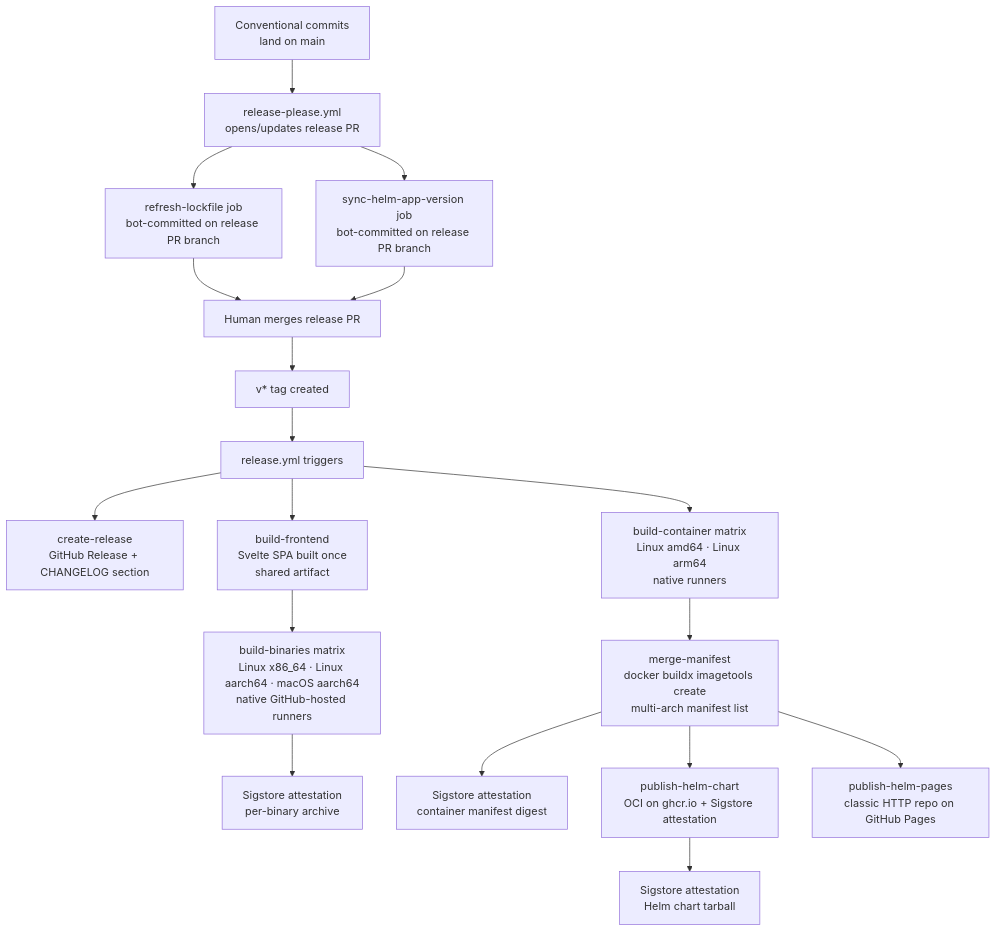
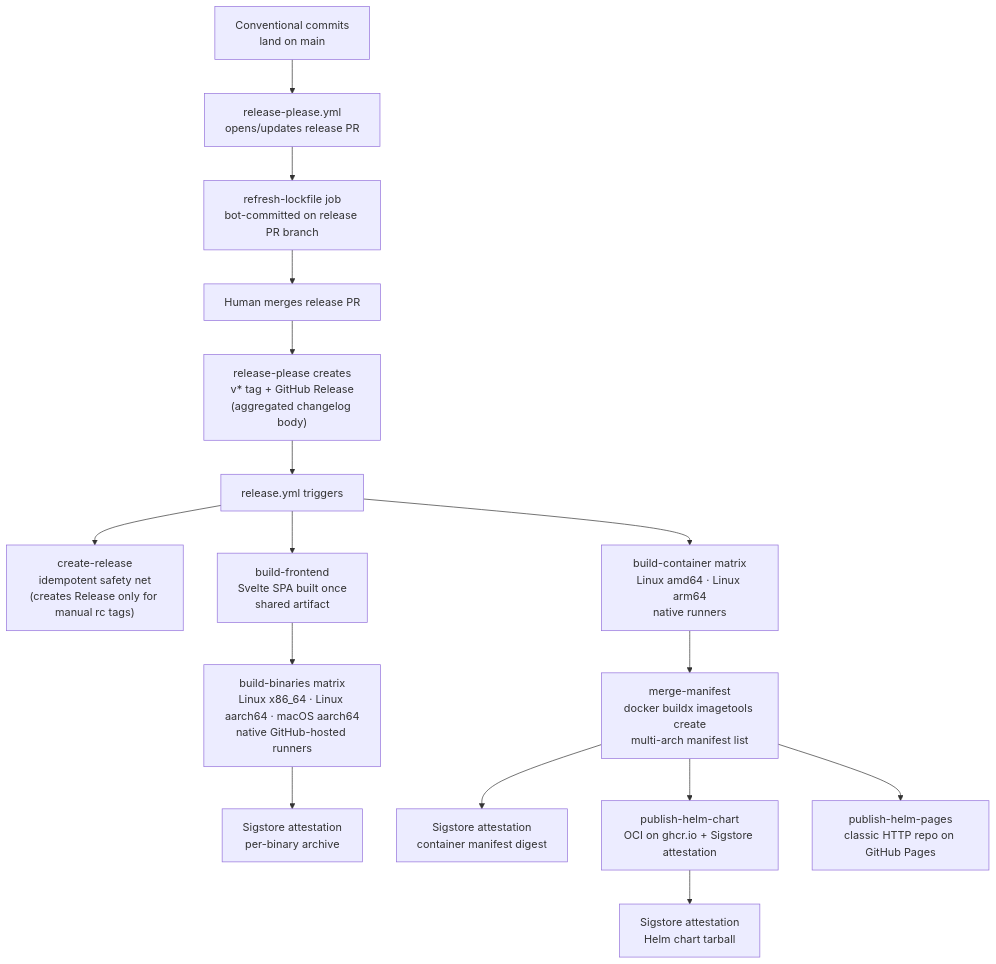
The diagram in docs/architecture/release-pipeline.md (bojanrajkovic/atc), drawn with Mermaid before and after one commit. The commit also changed other lines of this file and 27 other files, not shown here.

````diff
--- a/docs/architecture/release-pipeline.md
+++ b/docs/architecture/release-pipeline.md
@@ -9,39 +9,36 @@
 ```mermaid
 flowchart TD
     commits["Conventional commits\nland on main"]
     rp["release-please.yml\nopens/updates release PR"]
     lockfile["refresh-lockfile job\nbot-committed on release PR branch"]
-    appver["sync-helm-app-version job\nbot-committed on release PR branch"]
     merge["Human merges release PR"]
-    tag["v* tag created"]
+    tag["release-please creates\nv* tag + GitHub Release\n(aggregated changelog body)"]
     release["release.yml triggers"]
 
     frontend["build-frontend\nSvelte SPA built once\nshared artifact"]
     binaries["build-binaries matrix\nLinux x86_64 · Linux aarch64 · macOS aarch64\nnative GitHub-hosted runners"]
     containers["build-container matrix\nLinux amd64 · Linux arm64\nnative runners"]
     manifest["merge-manifest\ndocker buildx imagetools create\nmulti-arch manifest list"]
-    github_release["create-release\nGitHub Release + CHANGELOG section"]
+    github_release["create-release\nidempotent safety net\n(creates Release only for manual rc tags)"]
     helm_oci["publish-helm-chart\nOCI on ghcr.io + Sigstore attestation"]
     helm_pages["publish-helm-pages\nclassic HTTP repo on GitHub Pages"]
     attest_bin["Sigstore attestation\nper-binary archive"]
     attest_manifest["Sigstore attestation\ncontainer manifest digest"]
     attest_chart["Sigstore attestation\nHelm chart tarball"]
 
     commits --> rp
     rp --> lockfile
-    rp --> appver
     lockfile --> merge
-    appver --> merge
     merge --> tag
     tag --> release
     release --> github_release
     release --> frontend
     frontend --> binaries
     binaries --> attest_bin
     release --> containers
     containers --> manifest
     manifest --> attest_manifest
     manifest --> helm_oci
     manifest --> helm_pages
     helm_oci --> attest_chart
 ```
````
